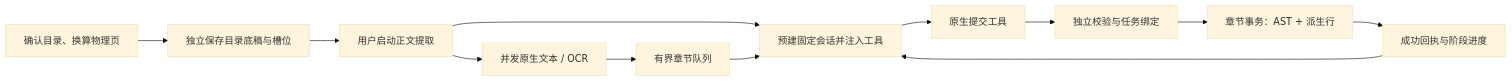
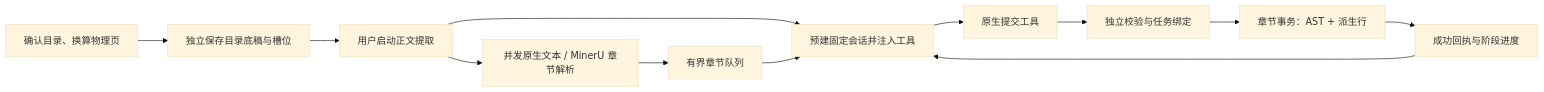
One commit to yitom486/lexdistill changed the diagram in docs/textbook-import-architecture.md. Above: the diagram before and after it, drawn with Mermaid (base theme). The commit also changed other lines of this file and 19 other files, not shown here.

````diff
--- a/docs/textbook-import-architecture.md
+++ b/docs/textbook-import-architecture.md
@@ -23,14 +23,14 @@
 ```mermaid
 flowchart LR
   A[确认目录、换算物理页] --> B[独立保存目录底稿与槽位]
   B --> E[用户启动正文提取]
-  E --> C[并发原生文本 / OCR]
+  E --> C[并发原生文本 / MinerU 章节解析]
   E --> D[预建固定会话并注入工具]
   C --> Q[有界章节队列]
   Q --> D
   D --> T[原生提交工具]
   T --> V[独立校验与任务绑定]
   V --> S[章节事务：AST + 派生行]
   S --> R[成功回执与阶段进度]
   R --> D
 ```
````
